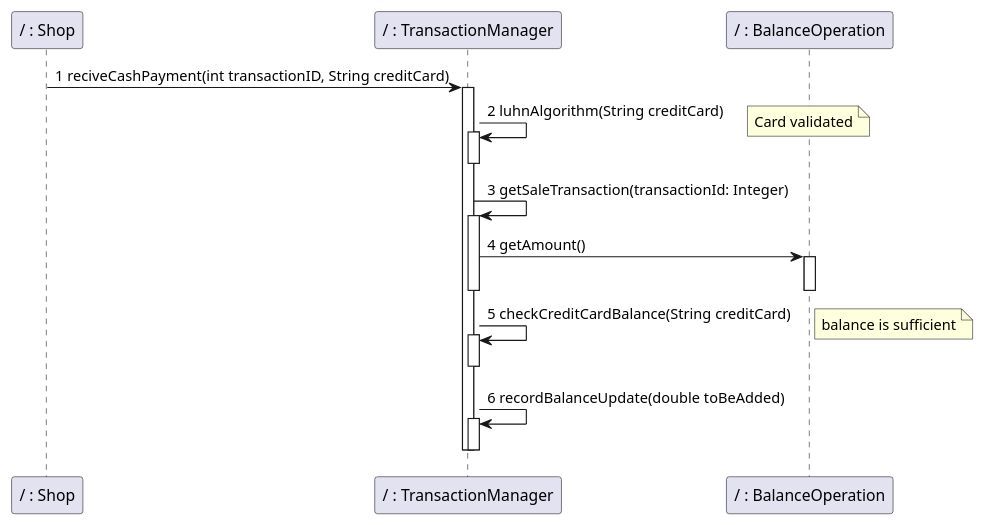
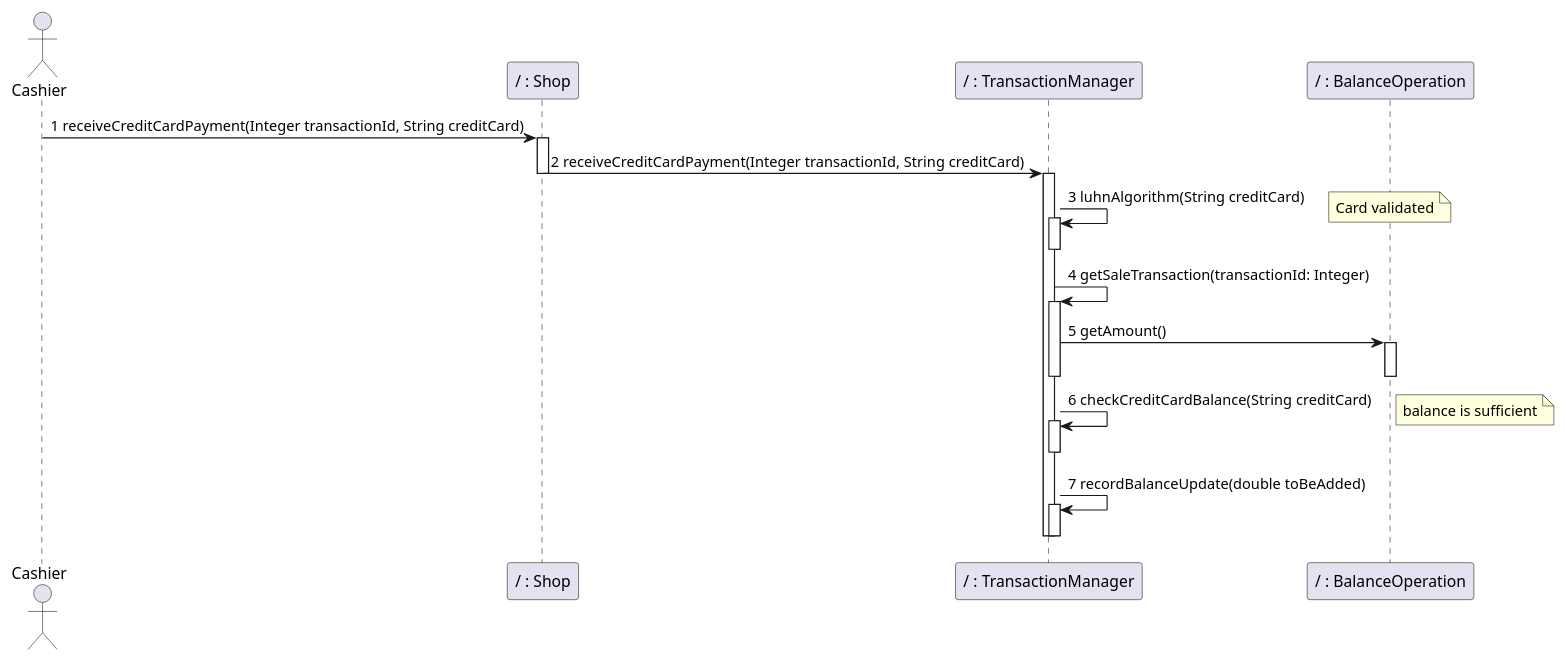
Before and after one commit to nicolabattaglino/ezshop: diagram 24 of 32 in Deliverables/DesignDocument.md, drawn with PlantUML. The commit also changed other lines of this file, not shown here.

Commit message:
added cashier

````diff
--- a/Deliverables/DesignDocument.md
+++ b/Deliverables/DesignDocument.md
@@ -1258,27 +1258,31 @@
 ```plantuml
 @startuml
+actor Cashier
 participant "/ : Shop" as Shop
 participant "/ : TransactionManager" as TransactionManager
 participant "/ : BalanceOperation" as BalanceOperation
-Shop -> TransactionManager:1 reciveCashPayment(int transactionID, String creditCard)
+Cashier -> Shop:1 receiveCreditCardPayment(Integer transactionId, String creditCard)
+activate Shop
+Shop -> TransactionManager:2 receiveCreditCardPayment(Integer transactionId, String creditCard)
+deactivate Shop
 activate TransactionManager
-TransactionManager -> TransactionManager:2 luhnAlgorithm(String creditCard)
+TransactionManager -> TransactionManager:3 luhnAlgorithm(String creditCard)
 note right: Card validated
 activate TransactionManager
 deactivate TransactionManager
-TransactionManager -> TransactionManager:3 getSaleTransaction(transactionId: Integer)
+TransactionManager -> TransactionManager:4 getSaleTransaction(transactionId: Integer)
 activate TransactionManager
-TransactionManager -> BalanceOperation :4 getAmount()
+TransactionManager -> BalanceOperation :5 getAmount()
 activate BalanceOperation
 deactivate BalanceOperation
 deactivate TransactionManager
-TransactionManager -> TransactionManager:5 checkCreditCardBalance(String creditCard)
+TransactionManager -> TransactionManager:6 checkCreditCardBalance(String creditCard)
 note right: balance is sufficient
 activate TransactionManager
 deactivate TransactionManager
-TransactionManager -> TransactionManager:6 recordBalanceUpdate(double toBeAdded)
+TransactionManager -> TransactionManager:7 recordBalanceUpdate(double toBeAdded)
 activate TransactionManager
 deactivate TransactionManager
 deactivate TransactionManager
 @enduml
 ```
````
